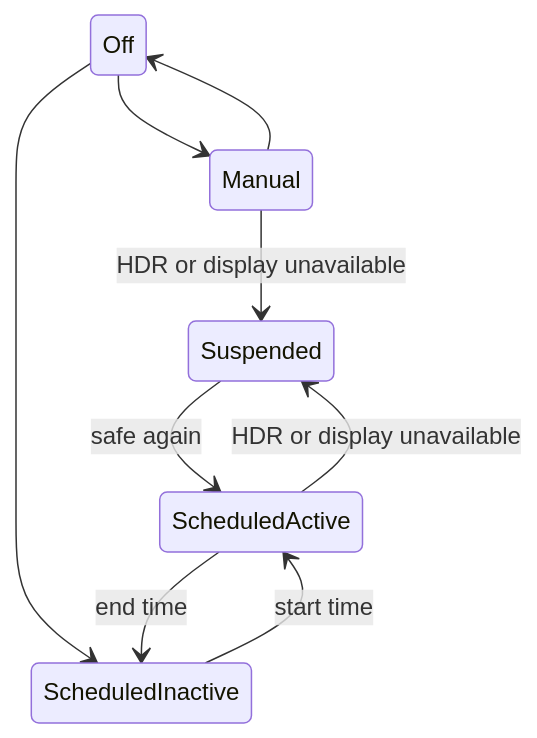
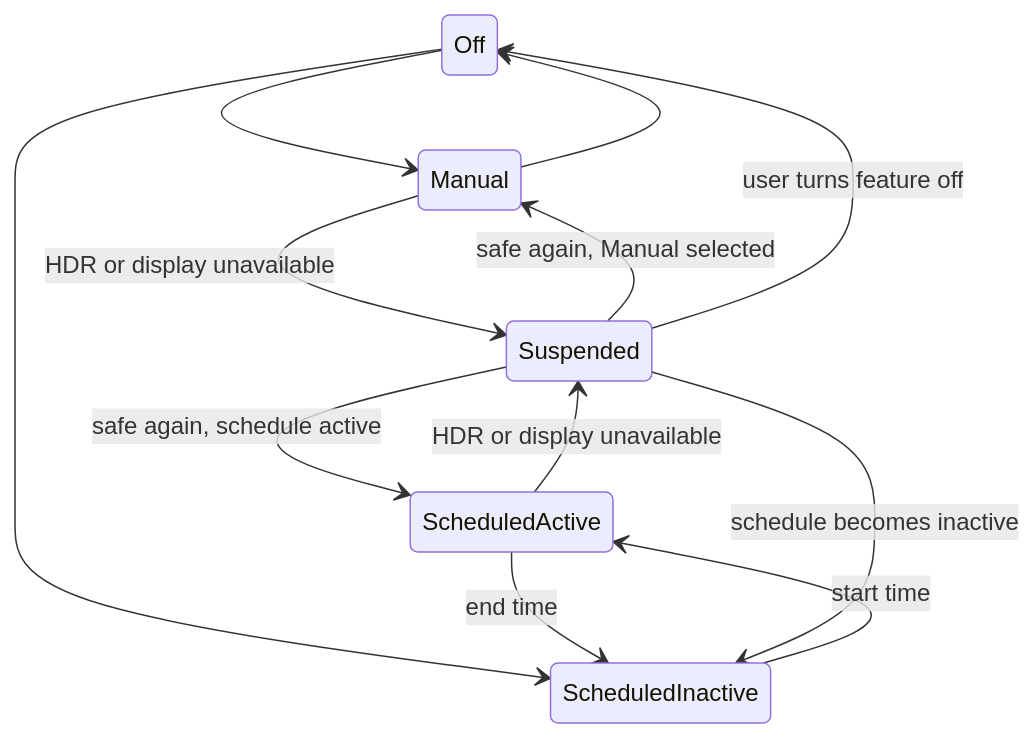
The diagram in specs/10-night-comfort.md (gibbok/displayora), drawn with Mermaid before and after one commit. The commit also changed other lines of this file, not shown here.

Commit message:
docs(spec-10): complete suspended-state recovery

````diff
--- a/specs/10-night-comfort.md
+++ b/specs/10-night-comfort.md
@@ -31,11 +31,14 @@
 ```mermaid
 stateDiagram-v2
     Off --> Manual
     Off --> ScheduledInactive
     Manual --> Off
     Manual --> Suspended: HDR or display unavailable
     ScheduledInactive --> ScheduledActive: start time
     ScheduledActive --> ScheduledInactive: end time
     ScheduledActive --> Suspended: HDR or display unavailable
-    Suspended --> ScheduledActive: safe again
+    Suspended --> Manual: safe again, Manual selected
+    Suspended --> ScheduledActive: safe again, schedule active
+    Suspended --> ScheduledInactive: schedule becomes inactive
+    Suspended --> Off: user turns feature off
 ```
````
